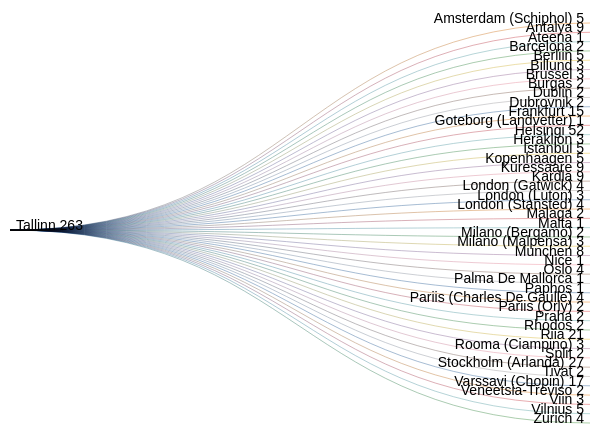
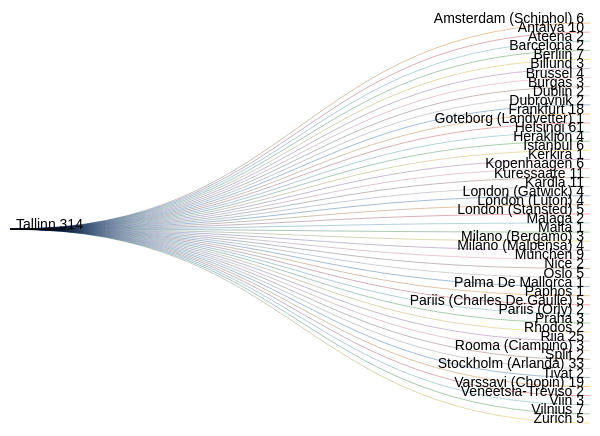
Before and after one commit to rainermesi/tll-airport-departures: the second of 2 diagrams in README.md, drawn with Mermaid (forest theme). The commit also changed other lines of this file, not shown here.

````diff
--- a/README.md
+++ b/README.md
@@ -25,50 +25,51 @@
 ```mermaid
 sankey-beta
 %% source,target,value
-Tallinn,Amsterdam (Schiphol),5
-Tallinn,Antalya,9
-Tallinn,Ateena,1
+Tallinn,Amsterdam (Schiphol),6
+Tallinn,Antalya,10
+Tallinn,Ateena,2
 Tallinn,Barcelona,2
-Tallinn,Berliin,5
+Tallinn,Berliin,7
 Tallinn,Billund,3
-Tallinn,Brussel,3
-Tallinn,Burgas,2
+Tallinn,Brussel,4
+Tallinn,Burgas,3
 Tallinn,Dublin,2
 Tallinn,Dubrovnik,2
-Tallinn,Frankfurt,15
+Tallinn,Frankfurt,18
 Tallinn,Goteborg (Landvetter),1
-Tallinn,Helsingi,52
-Tallinn,Heraklion,3
-Tallinn,Istanbul,5
-Tallinn,Kopenhaagen,5
-Tallinn,Kuressaare,9
-Tallinn,Kardla,9
+Tallinn,Helsingi,61
+Tallinn,Heraklion,4
+Tallinn,Istanbul,6
+Tallinn,Kerkira,1
+Tallinn,Kopenhaagen,6
+Tallinn,Kuressaare,11
+Tallinn,Kardla,11
 Tallinn,London (Gatwick),4
-Tallinn,London (Luton),3
-Tallinn,London (Stansted),4
+Tallinn,London (Luton),4
+Tallinn,London (Stansted),5
 Tallinn,Malaga,2
 Tallinn,Malta,1
-Tallinn,Milano (Bergamo),2
-Tallinn,Milano (Malpensa),3
-Tallinn,Munchen,8
-Tallinn,Nice,1
-Tallinn,Oslo,4
+Tallinn,Milano (Bergamo),3
+Tallinn,Milano (Malpensa),4
+Tallinn,Munchen,9
+Tallinn,Nice,2
+Tallinn,Oslo,5
 Tallinn,Palma De Mallorca,1
 Tallinn,Paphos,1
-Tallinn,Pariis (Charles De Gaulle),4
+Tallinn,Pariis (Charles De Gaulle),5
 Tallinn,Pariis (Orly),2
-Tallinn,Praha,2
+Tallinn,Praha,3
 Tallinn,Rhodos,2
-Tallinn,Riia,21
+Tallinn,Riia,25
 Tallinn,Rooma (Ciampino),3
 Tallinn,Split,2
-Tallinn,Stockholm (Arlanda),27
+Tallinn,Stockholm (Arlanda),33
 Tallinn,Tivat,2
-Tallinn,Varssavi (Chopin),17
+Tallinn,Varssavi (Chopin),19
 Tallinn,Veneetsia-Treviso,2
 Tallinn,Viin,3
-Tallinn,Vilnius,5
-Tallinn,Zurich,4
+Tallinn,Vilnius,7
+Tallinn,Zurich,5
 
 
 ```
````
